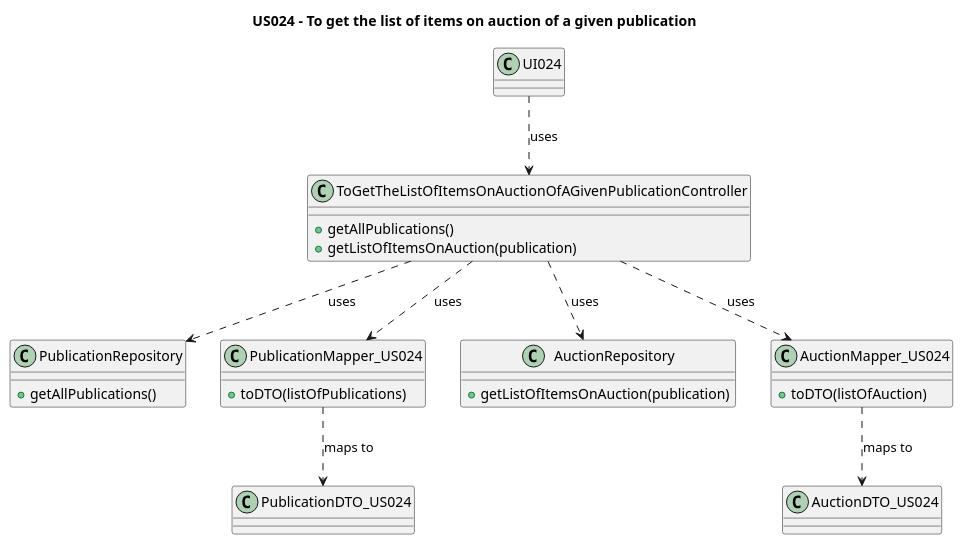
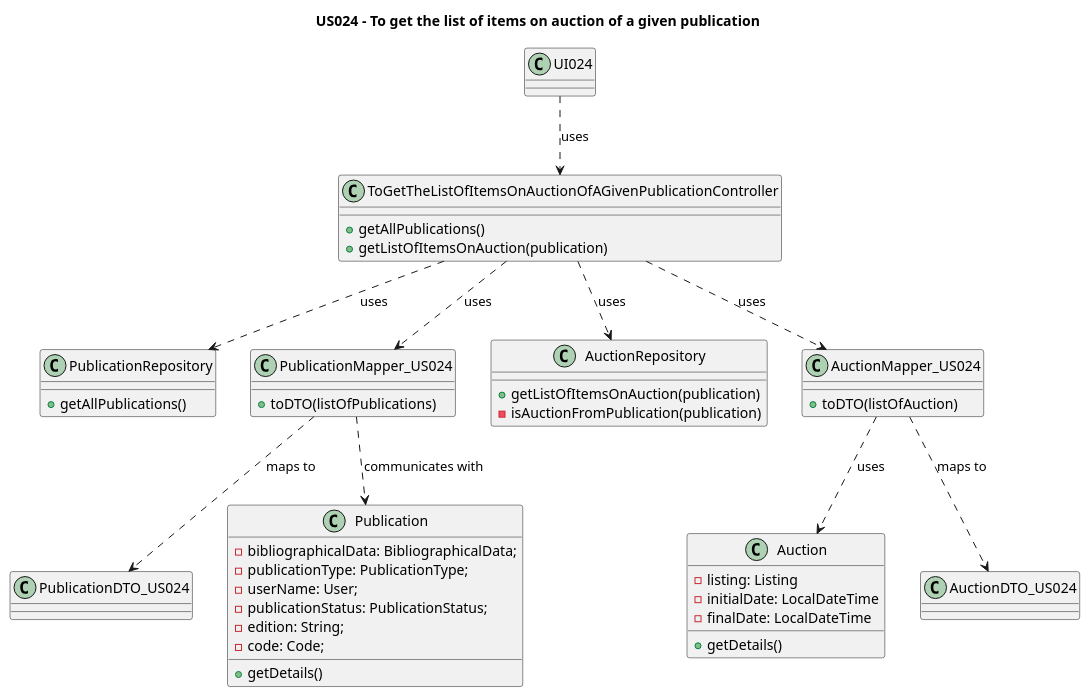
One commit to AndrePereiraGitH/SWitCH-Project-Team_A changed the diagram in Diagrams/ClassDiagrams/US024-to-get-the-list-of-items-on-auction-of-a-given-publication.puml. Above: the diagram before and after it, drawn with PlantUML. The commit also changed 1 other file, not shown here.

```diff
--- a/Diagrams/ClassDiagrams/US024-to-get-the-list-of-items-on-auction-of-a-given-publication.puml
+++ b/Diagrams/ClassDiagrams/US024-to-get-the-list-of-items-on-auction-of-a-given-publication.puml
@@ -1,91 +1,65 @@
 @startuml
 title US024 - To get the list of items on auction of a given publication
 
 class UI024 {
 
 }
 
 class ToGetTheListOfItemsOnAuctionOfAGivenPublicationController {
   +getAllPublications()
   +getListOfItemsOnAuction(publication)
 }
 
 class PublicationRepository{
     +getAllPublications()
 }
 
 class PublicationDTO_US024 {
 }
 
+class Publication {
+    - bibliographicalData: BibliographicalData;
+    - publicationType: PublicationType;
+    - userName: User;
+    - publicationStatus: PublicationStatus;
+    - edition: String;
+    - code: Code;
+    +getDetails()
+}
+
 class PublicationMapper_US024 {
   +toDTO(listOfPublications)
 }
 
 class AuctionRepository {
   +getListOfItemsOnAuction(publication)
+  -isAuctionFromPublication(publication)
 }
 
-/'
 class Auction {
  - listing: Listing
-   +getDetails()
+ - initialDate: LocalDateTime
+ - finalDate: LocalDateTime
+ +getDetails()
 }
-'/
 
 class AuctionMapper_US024 {
   +toDTO(listOfAuction)
 }
 
 class AuctionDTO_US024 {
 }
 
-/'
-class Listing {
-  - item: Item
-  - saleType: SaleType
-}
-
-enum SaleType {
-    DIRECT_SALE
-    AUCTION
-}
-
-' class Item {
-'    - bibliographicalData: BibliographicalData
-'}
-
-class Item {
-    - publication: publication
-}
-
-class Publication {
-    - bibliographicalData: BibliographicalData
-    - code: Code
-}
-
-class BibliographicalData {
-    - title: String
-}
-'/
-
 ' Interactions
 
 UI024 ..> ToGetTheListOfItemsOnAuctionOfAGivenPublicationController: uses
 ToGetTheListOfItemsOnAuctionOfAGivenPublicationController ..> AuctionRepository : uses
 ToGetTheListOfItemsOnAuctionOfAGivenPublicationController ..> PublicationRepository : uses
+PublicationMapper_US024 ..> Publication: communicates with
 PublicationMapper_US024 ..> PublicationDTO_US024 : maps to
-'AuctionRepository "1" --> "*" Auction : contains
 ToGetTheListOfItemsOnAuctionOfAGivenPublicationController ..> AuctionMapper_US024 : uses
 ToGetTheListOfItemsOnAuctionOfAGivenPublicationController ..> PublicationMapper_US024 : uses
 AuctionMapper_US024 ..> AuctionDTO_US024 : maps to
-'AuctionMapper_US024 ..> Auction : uses
-/'
-Auction "0..1" -- "1" Listing : has
-Listing "                                *" -- "1" SaleType : can be\nsold by >
-Listing "1" -- "1..*  " Item : lists an >
-' Item "*" -- "1" BibliographicalData: has >
-Item "*" -- "1" Publication: refers to a >
-Publication "*" -- "1" BibliographicalData: has >
-'/
+AuctionMapper_US024 ..> Auction : uses
 
 @enduml
```
